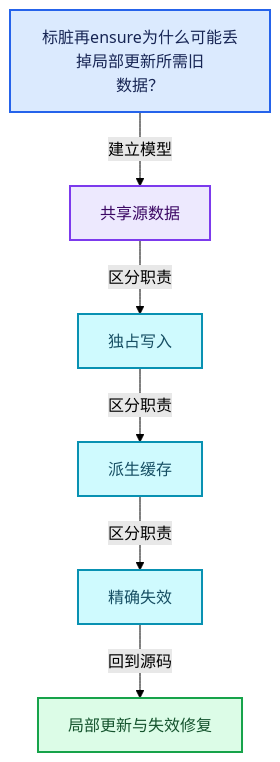
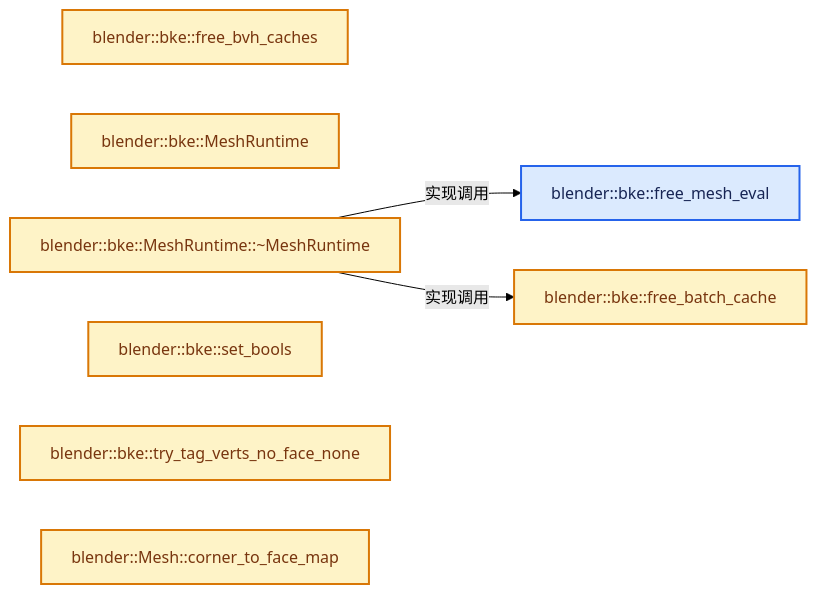
One commit to yunkezengren/blender-.vscode changed the second of 4 diagrams in 杂/markdown/全面学习-codex/06-隐式共享与缓存系统/10-局部更新与失效修复.md. Above: the diagram before and after it, drawn with Mermaid (forest theme). The commit also changed other lines of this file and 1930 other files, not shown here.

````diff
--- a/杂/markdown/全面学习-codex/06-隐式共享与缓存系统/10-局部更新与失效修复.md
+++ b/杂/markdown/全面学习-codex/06-隐式共享与缓存系统/10-局部更新与失效修复.md
@@ -58,20 +46,19 @@
 ```mermaid
-flowchart TB
-  Q["标脏再ensure为什么可能丢掉局部更新所需旧<br/>数据？"]:::input
-  C0["共享源数据"]:::abstraction
-  C1["独占写入"]:::data
-  C2["派生缓存"]:::data
-  C3["精确失效"]:::data
-  R["局部更新与失效修复"]:::result
-  Q -->|"建立模型"| C0
-  C0 -->|"区分职责"| C1
-  C1 -->|"区分职责"| C2
-  C2 -->|"区分职责"| C3
-  C3 -->|"回到源码"| R
+flowchart LR
+  F0["blender::bke::free_mesh_eval"]:::input
+  F1["blender::bke::free_batch_cache"]:::compute
+  F2["blender::bke::free_bvh_caches"]:::compute
+  F3["blender::bke::MeshRuntime"]:::compute
+  F4["blender::bke::MeshRuntime::~MeshRuntime"]:::compute
+  F5["blender::bke::set_bools"]:::compute
+  F6["blender::bke::try_tag_verts_no_face_none"]:::compute
+  F7["blender::Mesh::corner_to_face_map"]:::compute
+  F4 -->|"实现调用"| F0
+  F4 -->|"实现调用"| F1
   classDef input fill:#DBEAFE,stroke:#2563EB,color:#172554,stroke-width:2px;
   classDef data fill:#CFFAFE,stroke:#0891B2,color:#164E63,stroke-width:2px;
   classDef abstraction fill:#EDE9FE,stroke:#7C3AED,color:#3B0764,stroke-width:2px;
   classDef compute fill:#FEF3C7,stroke:#D97706,color:#78350F,stroke-width:2px;
   classDef result fill:#DCFCE7,stroke:#16A34A,color:#14532D,stroke-width:2px;
   classDef error fill:#FEE2E2,stroke:#DC2626,color:#7F1D1D,stroke-width:2px;
 ```
````
